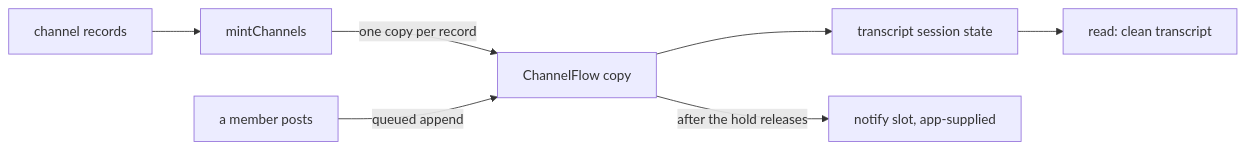
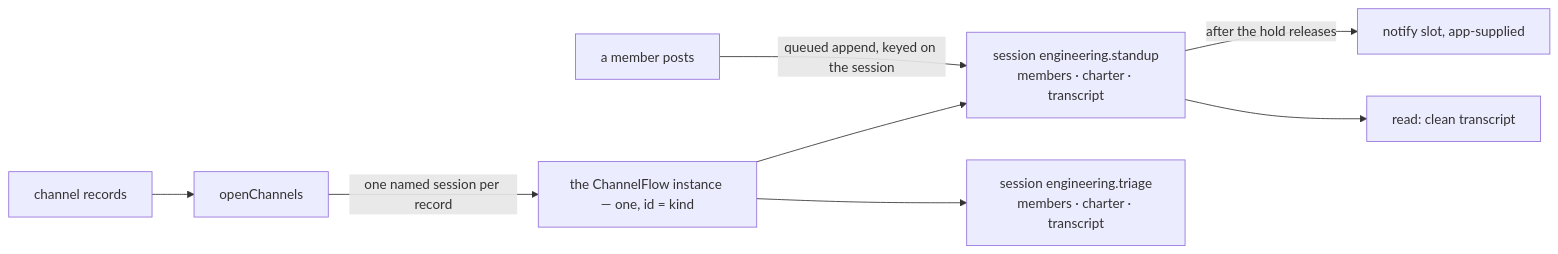
One commit to fixpoint-labs/flow-state-dev changed the diagram in spec/FIX-1311.md. Above: the diagram before and after it, drawn with Mermaid. The commit also changed other lines of this file and 1 other file, not shown here.

````diff
--- a/spec/FIX-1311.md
+++ b/spec/FIX-1311.md
@@ -206,9 +270,10 @@
 ```mermaid
 flowchart LR
-  REC["channel records"] --> MINT["mintChannels"]
-  MINT -->|"one copy per record"| INST["ChannelFlow copy"]
-  POST["a member posts"] -->|"queued append"| INST
-  INST --> TR["transcript session state"]
-  INST -->|"after the hold releases"| NOTIFY["notify slot, app-supplied"]
-  TR --> READ["read: clean transcript"]
+  REC["channel records"] --> BIND["openChannels"]
+  BIND -->|"one named session per record"| INST["the ChannelFlow instance — one, id = kind"]
+  INST --> S1["session engineering.standup<br/>members · charter · transcript"]
+  INST --> S2["session engineering.triage<br/>members · charter · transcript"]
+  POST["a member posts"] -->|"queued append, keyed on the session"| S1
+  S1 -->|"after the hold releases"| NOTIFY["notify slot, app-supplied"]
+  S1 --> READ["read: clean transcript"]
 ```
````
